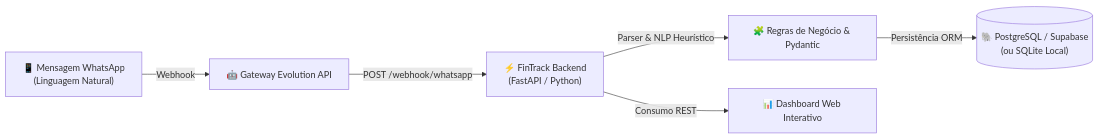
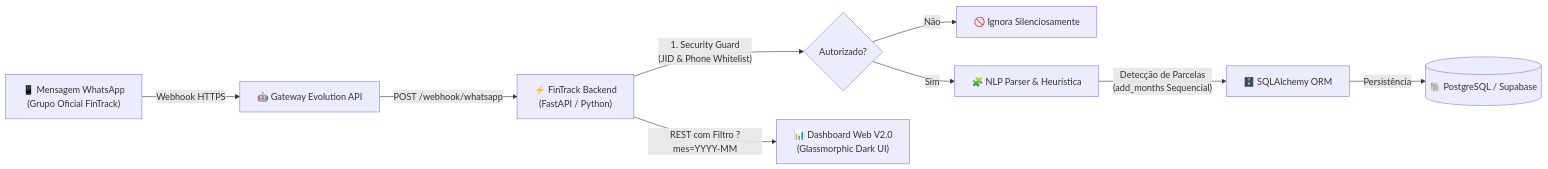
The second of 2 diagrams in README.md (GodoyDevv/financas), drawn with Mermaid before and after one commit. The commit also changed other lines of this file and 1 other file, not shown here.

Commit message:
docs: release FinTrack V2.0 documentation highlighting business value, installment engine and UI evolution

````diff
--- a/README.md
+++ b/README.md
@@ -23,8 +57,11 @@
 ```mermaid
 flowchart LR
-    A["📱 Mensagem WhatsApp<br/>(Linguagem Natural)"] -->|"Webhook"| B["🤖 Gateway Evolution API"]
+    A["📱 Mensagem WhatsApp<br/>(Grupo Oficial FinTrack)"] -->|"Webhook HTTPS"| B["🤖 Gateway Evolution API"]
     B -->|"POST /webhook/whatsapp"| C["⚡ FinTrack Backend<br/>(FastAPI / Python)"]
-    C -->|"Parser & NLP Heurístico"| D["🧩 Regras de Negócio & Pydantic"]
-    D -->|"Persistência ORM"| E[("🐘 PostgreSQL / Supabase<br/>(ou SQLite Local)")]
-    C -->|"Consumo REST"| F["📊 Dashboard Web Interativo"]
+    C -->|"1. Security Guard<br/>(JID & Phone Whitelist)"| D{"Autorizado?"}
+    D -- "Não" --> D1["🚫 Ignora Silenciosamente"]
+    D -- "Sim" --> E["🧩 NLP Parser & Heurística"]
+    E -->|"Detecção de Parcelas<br/>(add_months Sequencial)"| F["🗄️ SQLAlchemy ORM"]
+    F -->|"Persistência"| G[("🐘 PostgreSQL / Supabase")]
+    C -->|"REST com Filtro ?mes=YYYY-MM"| H["📊 Dashboard Web V2.0<br/>(Glassmorphic Dark UI)"]
 ```
````
